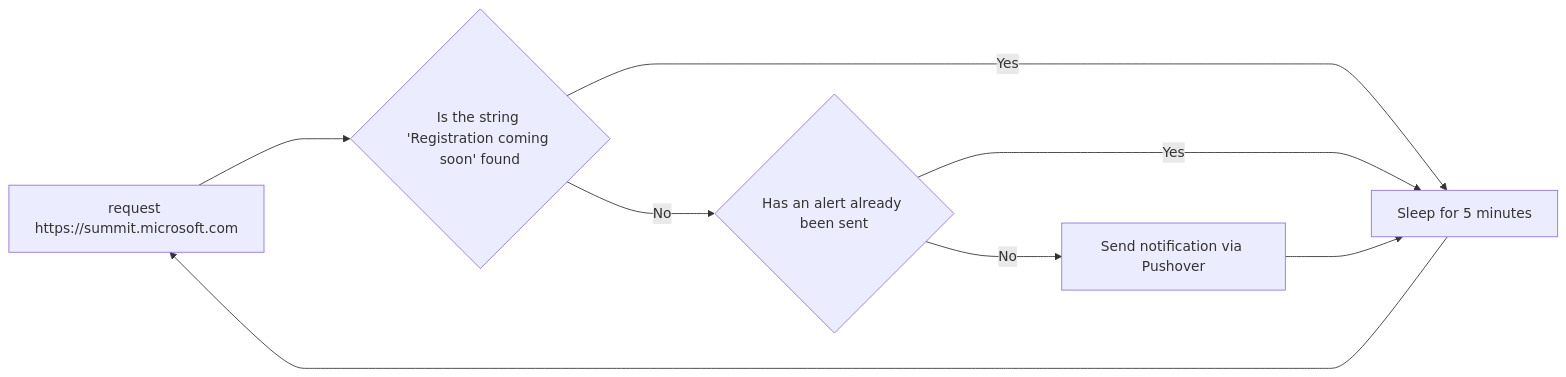
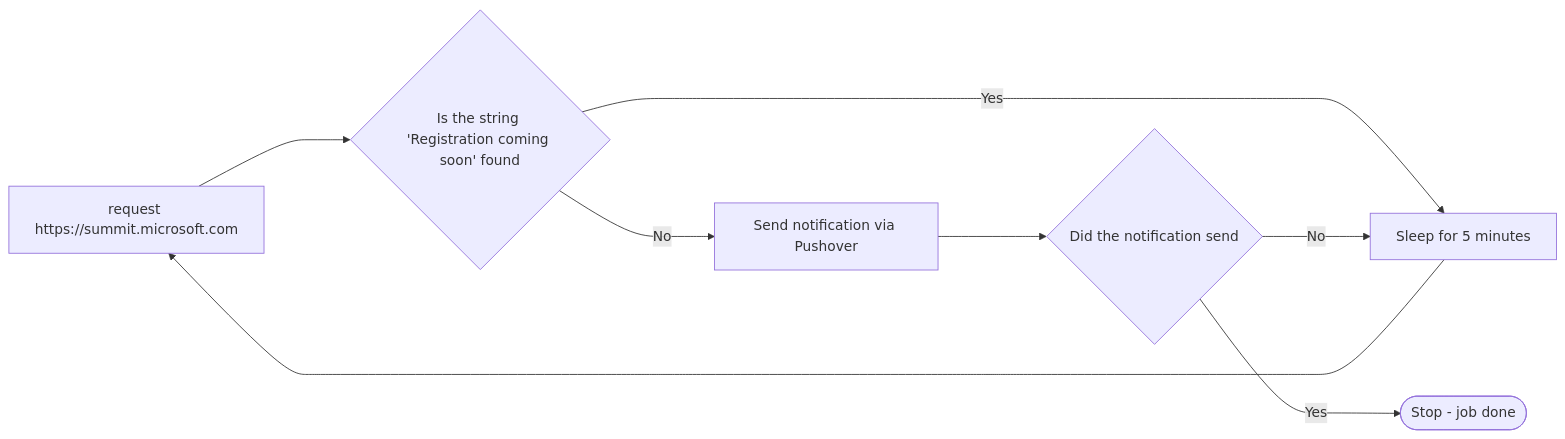
Before and after one commit to simonpainter/www.simonpainter.com: the diagram in blog/mvp-summit-registration-watcher.md, drawn with Mermaid.

Commit message:
Add stop state to mermaid diagram matching while not alert_sent exit

````diff
--- a/blog/mvp-summit-registration-watcher.md
+++ b/blog/mvp-summit-registration-watcher.md
@@ -24,18 +24,19 @@
 ```mermaid
 flowchart LR
     accTitle: MVP Summit registration watcher
-    accDescr: The script checks the Summit page every five minutes. While the registration message remains, it waits and checks again. When the message disappears, it sends one Pushover notification, then waits and checks again without sending duplicate alerts.
+    accDescr: The script checks the Summit page every five minutes. While the registration message remains, it waits and checks again. When the message disappears, it sends one Pushover notification and stops. If the notification fails to send, it waits and tries again on the next check.
     request-url["request https://summit.microsoft.com"]
     is-string-found{"Is the string 'Registration coming soon' found"}
-    alert-sent{"Has an alert already been sent"}
     sleep-300["Sleep for 5 minutes"]
     send-notification["Send notification via Pushover"]
+    notification-sent{"Did the notification send"}
+    stop(["Stop - job done"])
 
     request-url ---> is-string-found
     is-string-found--->|Yes|sleep-300
     sleep-300--->request-url
-    is-string-found--->|No|alert-sent
-    alert-sent--->|Yes|sleep-300
-    alert-sent--->|No|send-notification
-    send-notification ---> sleep-300
+    is-string-found--->|No|send-notification
+    send-notification ---> notification-sent
+    notification-sent--->|Yes|stop
+    notification-sent--->|No|sleep-300
 ```
````
